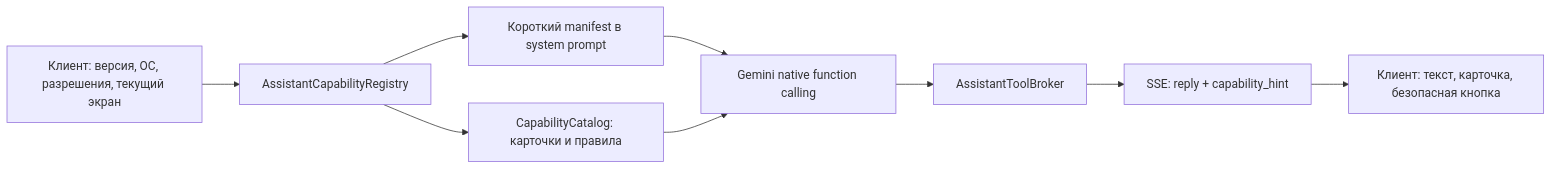
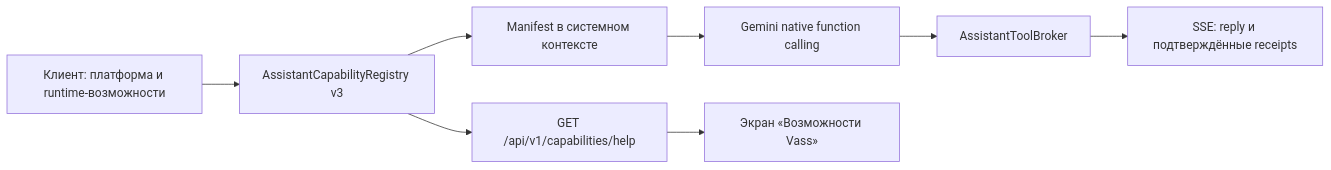
Before and after one commit to VladDevNet/Vass: the diagram in docs/FEATURE-CAPABILITIES-AUDIT-2026-07-16.md, drawn with Mermaid. The commit also changed other lines of this file, not shown here.

Commit message:
docs: record completed capabilities release

````diff
--- a/docs/FEATURE-CAPABILITIES-AUDIT-2026-07-16.md
+++ b/docs/FEATURE-CAPABILITIES-AUDIT-2026-07-16.md
@@ -208,11 +219,10 @@
 ```mermaid
 flowchart LR
-  C["Клиент: версия, ОС, разрешения, текущий экран"] --> R["AssistantCapabilityRegistry"]
-  R --> M["Короткий manifest в system prompt"]
-  R --> H["CapabilityCatalog: карточки и правила"]
+  C["Клиент: платформа и runtime-возможности"] --> R["AssistantCapabilityRegistry v3"]
+  R --> M["Manifest в системном контексте"]
+  R --> H["GET /api/v1/capabilities/help"]
   M --> G["Gemini native function calling"]
-  H --> G
   G --> B["AssistantToolBroker"]
-  B --> S["SSE: reply + capability_hint"]
-  S --> U["Клиент: текст, карточка, безопасная кнопка"]
+  B --> U["SSE: reply и подтверждённые receipts"]
+  H --> S["Экран «Возможности Vass»"]
 ```
````
